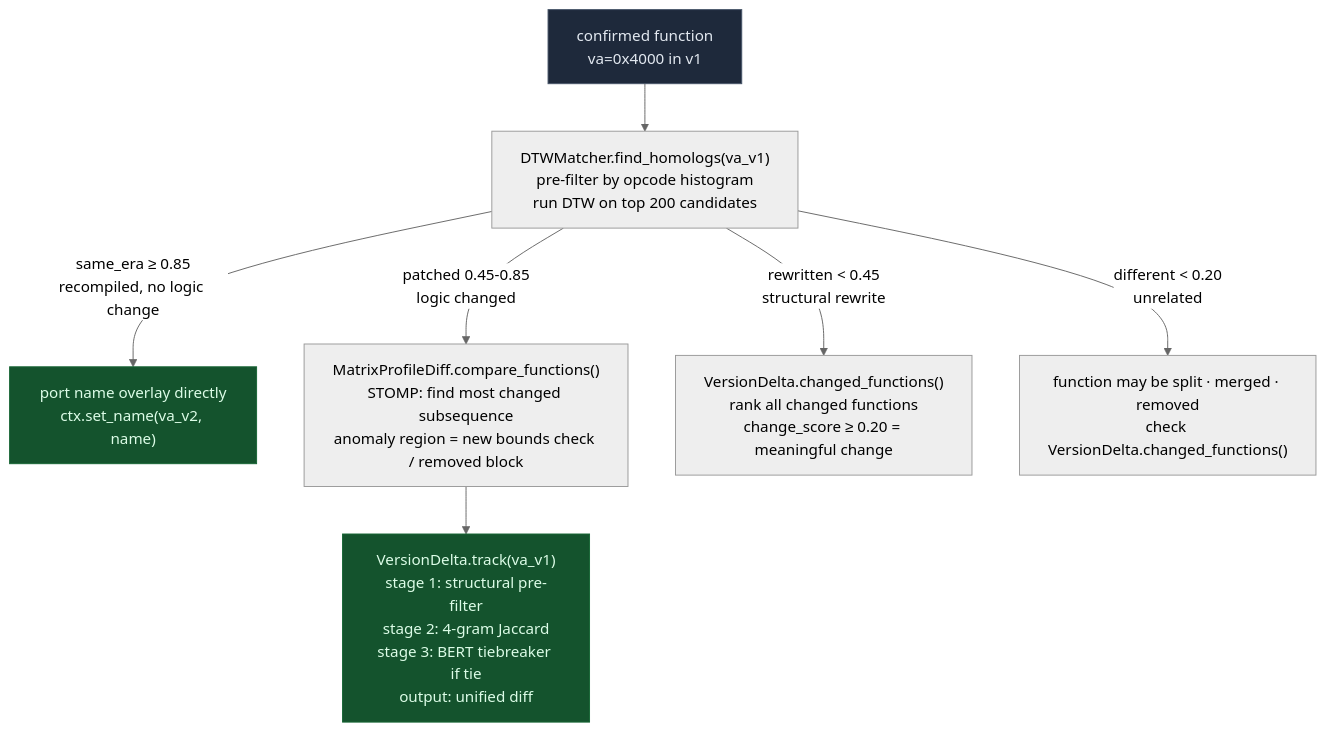
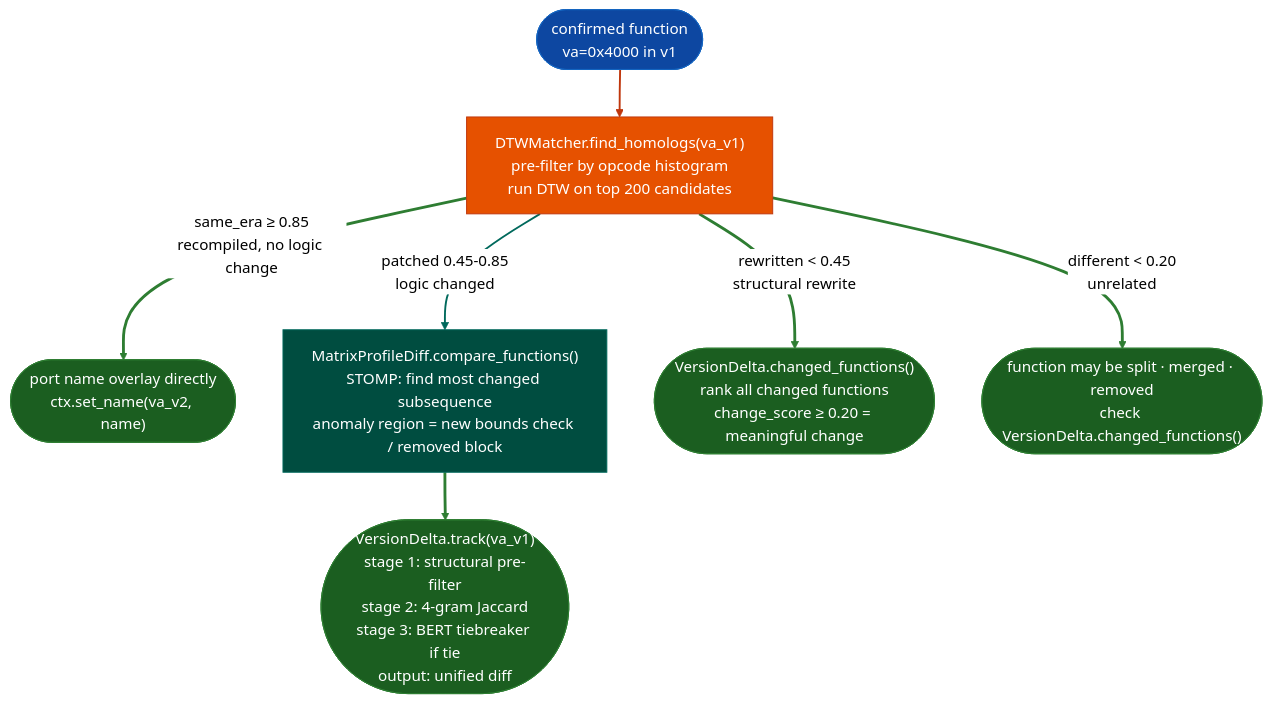
Before and after one commit to Ablation-Tool/ablation: diagram 13 of 22 in docs/overview.md, drawn with Mermaid (neutral theme). The commit also changed other lines of this file and 320 other files, not shown here.

First line of the commit message:
docs: apply canonical Mermaid template to all 321 diagrams

````diff
--- a/docs/overview.md
+++ b/docs/overview.md
@@ -301,13 +394,21 @@
 ```mermaid
 flowchart TD
-    A["confirmed function\nva=0x4000 in v1"] --> B["DTWMatcher.find_homologs(va_v1)\npre-filter by opcode histogram\nrun DTW on top 200 candidates"]
-    B -->|"same_era ≥ 0.85\nrecompiled, no logic change"| C["port name overlay directly\nctx.set_name(va_v2, name)"]
-    B -->|"patched 0.45-0.85\nlogic changed"| D["MatrixProfileDiff.compare_functions()\nSTOMP: find most changed subsequence\nanomaly region = new bounds check / removed block"]
-    D --> E["VersionDelta.track(va_v1)\nstage 1: structural pre-filter\nstage 2: 4-gram Jaccard\nstage 3: BERT tiebreaker if tie\noutput: unified diff"]
-    B -->|"rewritten < 0.45\nstructural rewrite"| F["VersionDelta.changed_functions()\nrank all changed functions\nchange_score ≥ 0.20 = meaningful change"]
-    B -->|"different < 0.20\nunrelated"| G["function may be split · merged · removed\ncheck VersionDelta.changed_functions()"]
-
-    style A fill:#1e293b,stroke:#475569,color:#e2e8f0
-    style C fill:#14532d,stroke:#166534,color:#dcfce7
-    style E fill:#14532d,stroke:#166534,color:#dcfce7
+    A(["confirmed function\nva=0x4000 in v1"]):::input --> B["DTWMatcher.find_homologs(va_v1)\npre-filter by opcode histogram\nrun DTW on top 200 candidates"]:::primary
+    B:::primary -->|"same_era ≥ 0.85\nrecompiled, no logic change"| C(["port name overlay directly\nctx.set_name(va_v2, name)"]):::output
+    B:::primary -->|"patched 0.45-0.85\nlogic changed"| D["MatrixProfileDiff.compare_functions()\nSTOMP: find most changed subsequence\nanomaly region = new bounds check / removed block"]:::secondary
+    D:::secondary --> E(["VersionDelta.track(va_v1)\nstage 1: structural pre-filter\nstage 2: 4-gram Jaccard\nstage 3: BERT tiebreaker if tie\noutput: unified diff"]):::output
+    B:::primary -->|"rewritten < 0.45\nstructural rewrite"| F(["VersionDelta.changed_functions()\nrank all changed functions\nchange_score ≥ 0.20 = meaningful change"]):::output
+    B:::primary -->|"different < 0.20\nunrelated"| G(["function may be split · merged · removed\ncheck VersionDelta.changed_functions()"]):::output
+    classDef input     fill:#0d47a1,stroke:#1565c0,color:#fff
+    classDef primary   fill:#e65100,stroke:#bf360c,color:#fff
+    classDef secondary fill:#004d40,stroke:#00695c,color:#fff
+    classDef tertiary  fill:#4a148c,stroke:#6a1b9a,color:#fff
+    classDef neutral   fill:#37474f,stroke:#546e7a,color:#fff
+    classDef output    fill:#1b5e20,stroke:#2e7d32,color:#fff
+    linkStyle 0 stroke:#bf360c,stroke-width:2px
+    linkStyle 1 stroke:#2e7d32,stroke-width:3px
+    linkStyle 2 stroke:#00695c,stroke-width:2px
+    linkStyle 3 stroke:#2e7d32,stroke-width:3px
+    linkStyle 4 stroke:#2e7d32,stroke-width:3px
+    linkStyle 5 stroke:#2e7d32,stroke-width:3px
 ```
````
